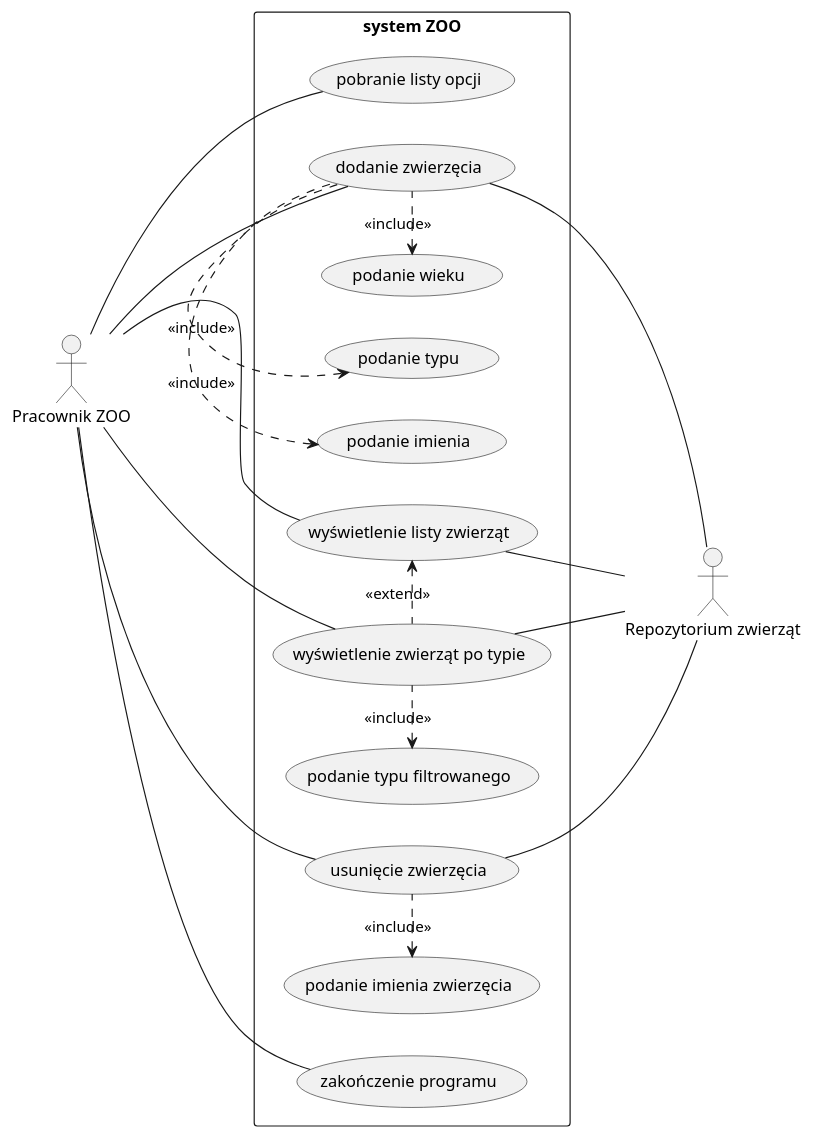
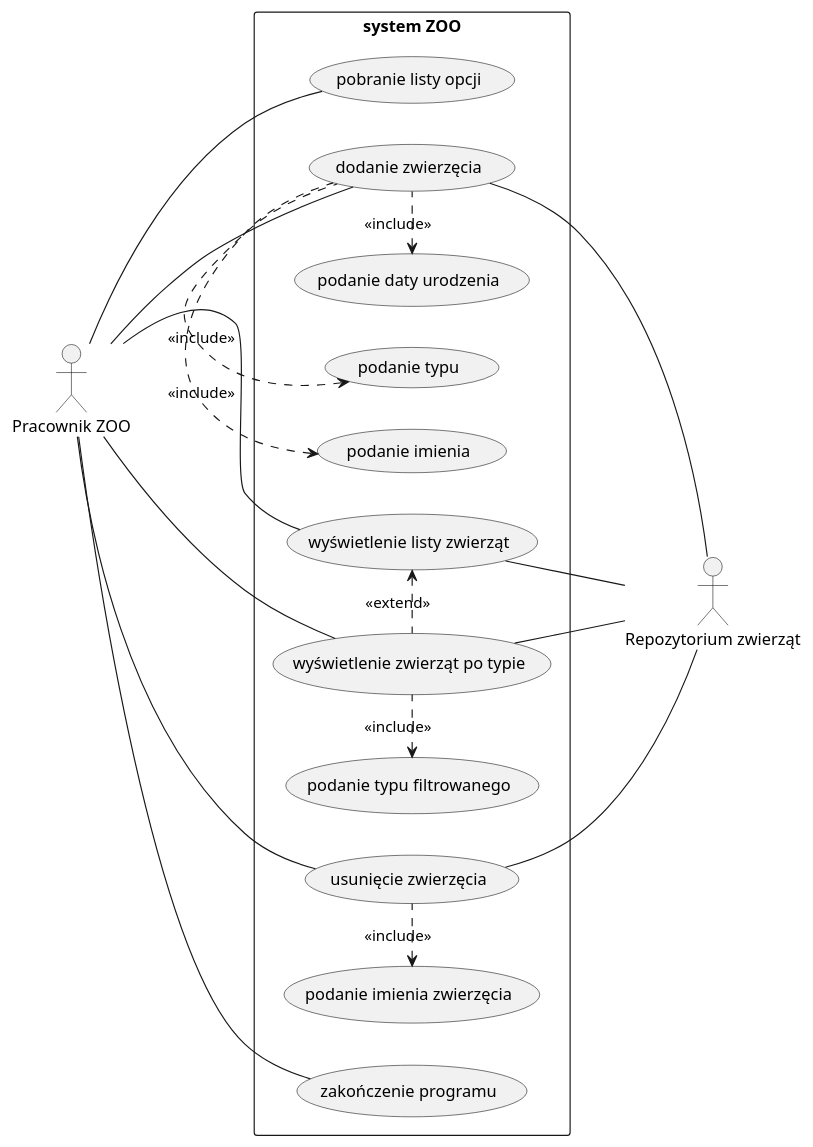
One commit to SudoSudoku/zoo changed the diagram in documentation/usecase.puml. Above: the diagram before and after it, drawn with PlantUML. The commit also changed 6 other files, not shown here.

```diff
--- a/documentation/usecase.puml
+++ b/documentation/usecase.puml
@@ -1,23 +1,23 @@
 @startuml
 left to right direction
 :Pracownik ZOO:
 :Repozytorium zwierząt:
 rectangle "system ZOO" {
     :Pracownik ZOO: - (pobranie listy opcji)
     :Pracownik ZOO: - (dodanie zwierzęcia)
     (dodanie zwierzęcia) -- :Repozytorium zwierząt:
     (podanie typu) <. (dodanie zwierzęcia) : <<include>>
     (podanie imienia) <. (dodanie zwierzęcia) : <<include>>
-    (podanie wieku) <. (dodanie zwierzęcia)  : <<include>>
+    (podanie daty urodzenia) <. (dodanie zwierzęcia)  : <<include>>
     :Pracownik ZOO: - (wyświetlenie listy zwierząt)
     (wyświetlenie listy zwierząt) -- :Repozytorium zwierząt:
     :Pracownik ZOO: - (wyświetlenie zwierząt po typie)
     (wyświetlenie zwierząt po typie) -- :Repozytorium zwierząt:
     (podanie typu filtrowanego) <. (wyświetlenie zwierząt po typie) : <<include>>
     :Pracownik ZOO: -- (usunięcie zwierzęcia)
     (usunięcie zwierzęcia) -- :Repozytorium zwierząt:
     (podanie imienia zwierzęcia) <. (usunięcie zwierzęcia) : <<include>>
     (wyświetlenie listy zwierząt) <. (wyświetlenie zwierząt po typie)  : <<extend>>
     :Pracownik ZOO: -- (zakończenie programu)
 }
 @enduml
```
